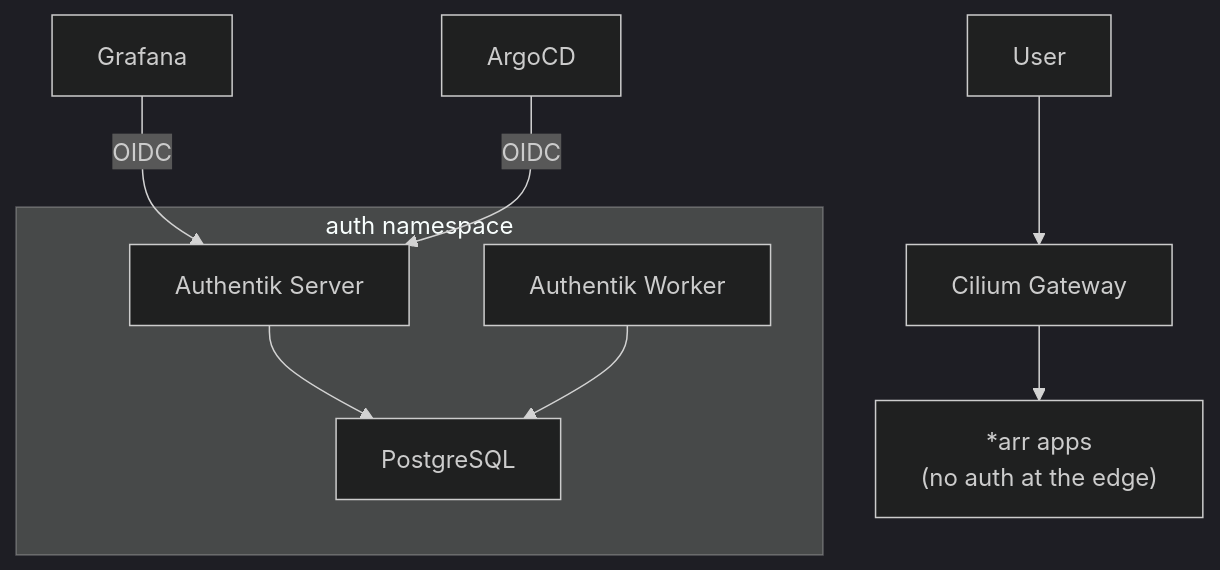
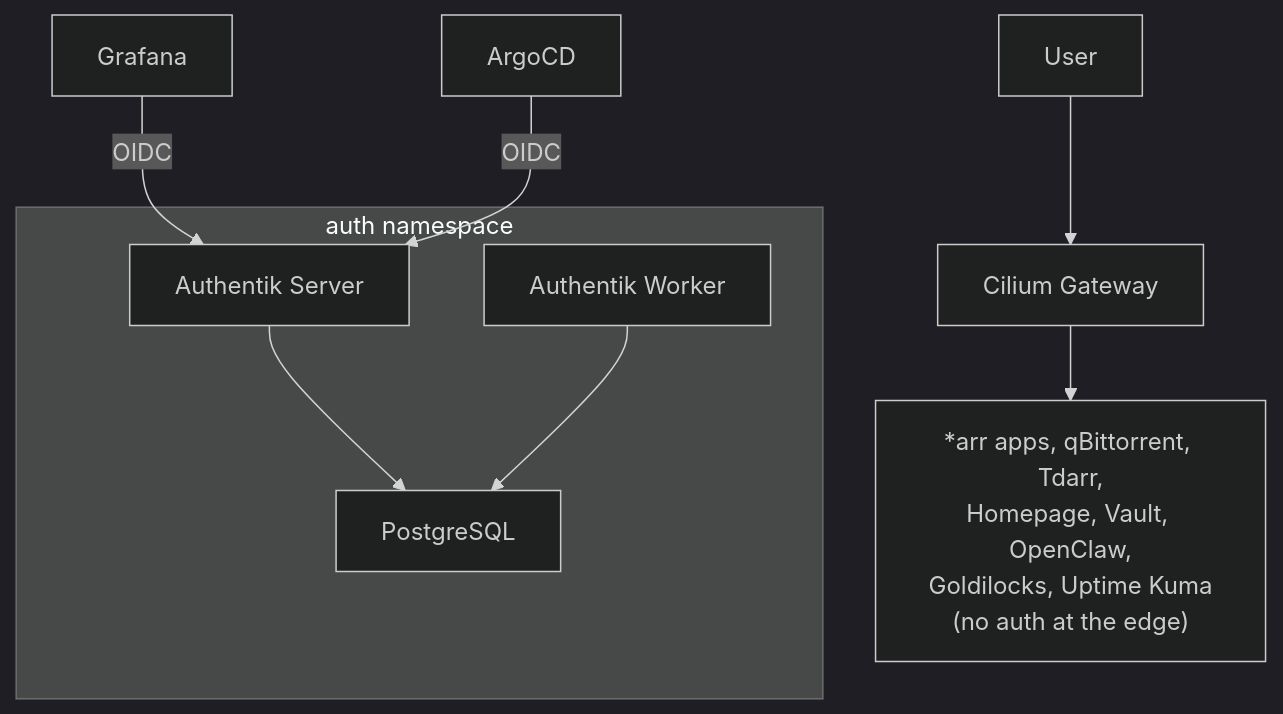
One commit to kyleseneker/homelab changed the diagram in docs/architecture/auth.md. Above: the diagram before and after it, drawn with Mermaid (dark theme). The commit also changed other lines of this file, not shown here.

Commit message:
docs(auth): describe the edge auth posture that actually exists

````diff
--- a/docs/architecture/auth.md
+++ b/docs/architecture/auth.md
@@ -7,16 +7,16 @@
 ```mermaid
 flowchart TB
     subgraph authNS ["auth namespace"]
         AuthentikServer["Authentik Server"]
         AuthentikWorker["Authentik Worker"]
         PostgreSQL["PostgreSQL"]
         AuthentikServer --> PostgreSQL
         AuthentikWorker --> PostgreSQL
     end
 
     User["User"] --> Gateway["Cilium Gateway"]
-    Gateway --> UnprotectedApps["*arr apps<br/>(no auth at the edge)"]
+    Gateway --> UnprotectedApps["*arr apps, qBittorrent, Tdarr,<br/>Homepage, Vault, OpenClaw,<br/>Goldilocks, Uptime Kuma<br/>(no auth at the edge)"]
 
     Grafana["Grafana"] -->|"OIDC"| AuthentikServer
     ArgoCD["ArgoCD"] -->|"OIDC"| AuthentikServer
 ```
````
